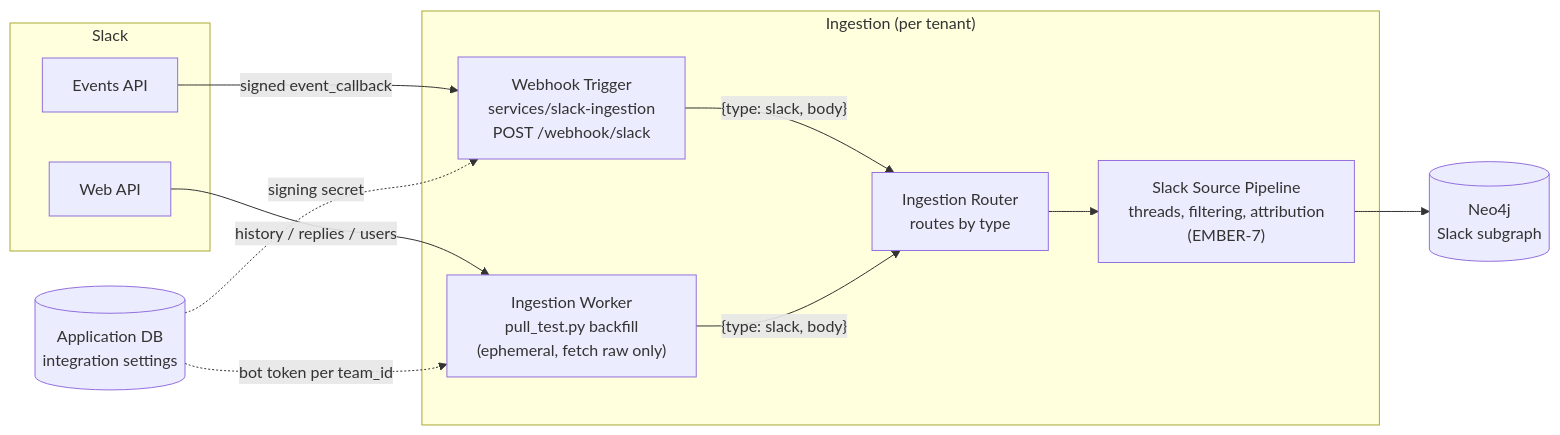
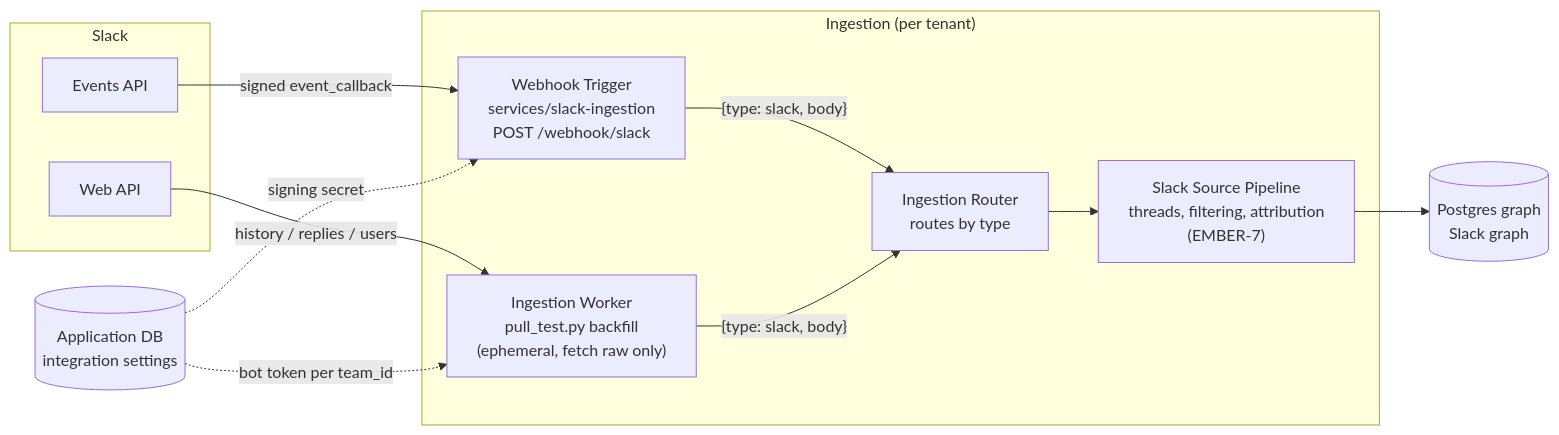
One commit to cbu-capstone-design-27/ember changed the diagram in docs/ingestion/slack.md. Above: the diagram before and after it, drawn with Mermaid. The commit also changed other lines of this file and 19 other files, not shown here.

First line of the commit message:
EMBER-169: docs describe Postgres as the only graph store; ADR 0013

````diff
--- a/docs/ingestion/slack.md
+++ b/docs/ingestion/slack.md
@@ -308,23 +308,23 @@
 ```mermaid
 flowchart LR
     subgraph Slack
         EV[Events API]
         WEB[Web API]
     end
     subgraph "Ingestion (per tenant)"
         RX["Webhook Trigger<br/>services/slack-ingestion<br/>POST /webhook/slack"]
         BF["Ingestion Worker<br/>pull_test.py backfill<br/>(ephemeral, fetch raw only)"]
         RT["Ingestion Router<br/>routes by type"]
         SP["Slack Source Pipeline<br/>threads, filtering, attribution<br/>(EMBER-7)"]
     end
-    KG[(Neo4j<br/>Slack subgraph)]
+    KG[(Postgres graph<br/>Slack graph)]
     CFG[(Application DB<br/>integration settings)]
 
     EV -- "signed event_callback" --> RX
     RX -- "{type: slack, body}" --> RT
     WEB -- "history / replies / users" --> BF
     BF -- "{type: slack, body}" --> RT
     RT --> SP --> KG
     CFG -. "bot token per team_id" .-> BF
     CFG -. "signing secret" .-> RX
 ```
````
